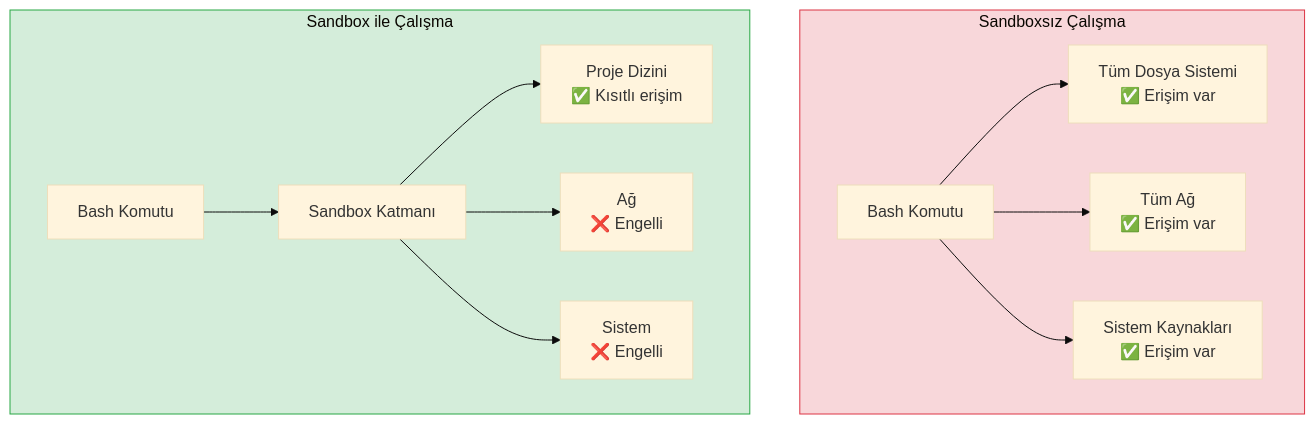
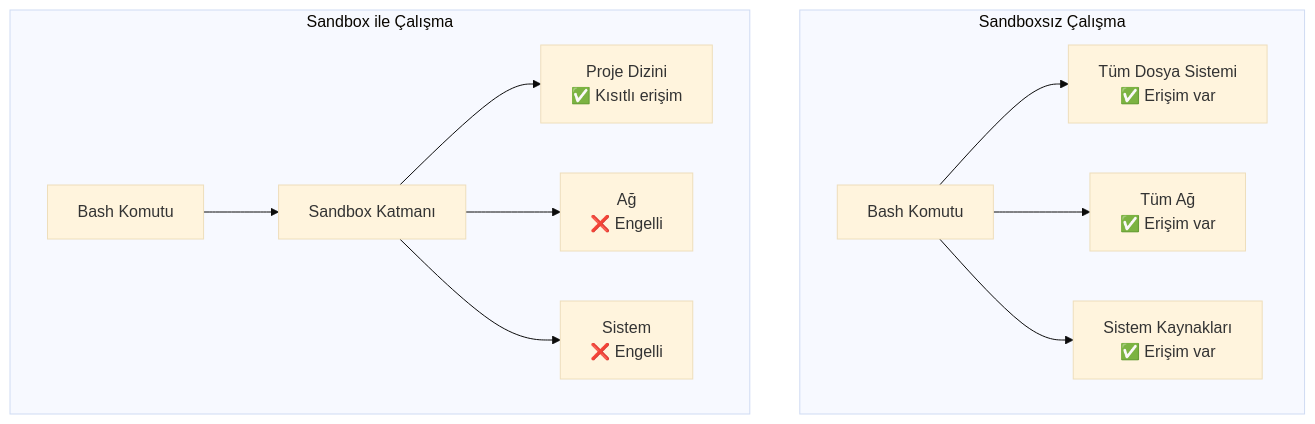
One commit to IzzetYasinAtes/ClaudeCodeHandbook changed the first of 5 diagrams in 10-izinler-ve-guvenlik/04-sandboxing.md. Above: the diagram before and after it, drawn with Mermaid (base theme). The commit also changed other lines of this file and 97 other files, not shown here.

Commit message:
Remove all custom Mermaid style/fill colors from 98 markdown files for consistent dark theme rendering

````diff
--- a/10-izinler-ve-guvenlik/04-sandboxing.md
+++ b/10-izinler-ve-guvenlik/04-sandboxing.md
@@ -23,18 +23,16 @@
 ```mermaid
 flowchart TB
     subgraph normal ["Sandboxsız Çalışma"]
         N_CMD["Bash Komutu"] --> N_FS["Tüm Dosya Sistemi<br/>✅ Erişim var"]
         N_CMD --> N_NET["Tüm Ağ<br/>✅ Erişim var"]
         N_CMD --> N_SYS["Sistem Kaynakları<br/>✅ Erişim var"]
     end
 
     subgraph sandbox ["Sandbox ile Çalışma"]
         S_CMD["Bash Komutu"] --> S_SANDBOX["Sandbox Katmanı"]
         S_SANDBOX --> S_FS["Proje Dizini<br/>✅ Kısıtlı erişim"]
         S_SANDBOX --> S_NET["Ağ<br/>❌ Engelli"]
         S_SANDBOX --> S_SYS["Sistem<br/>❌ Engelli"]
     end
 
-    style normal fill:#f8d7da,stroke:#dc3545
-    style sandbox fill:#d4edda,stroke:#28a745
 ```
````
